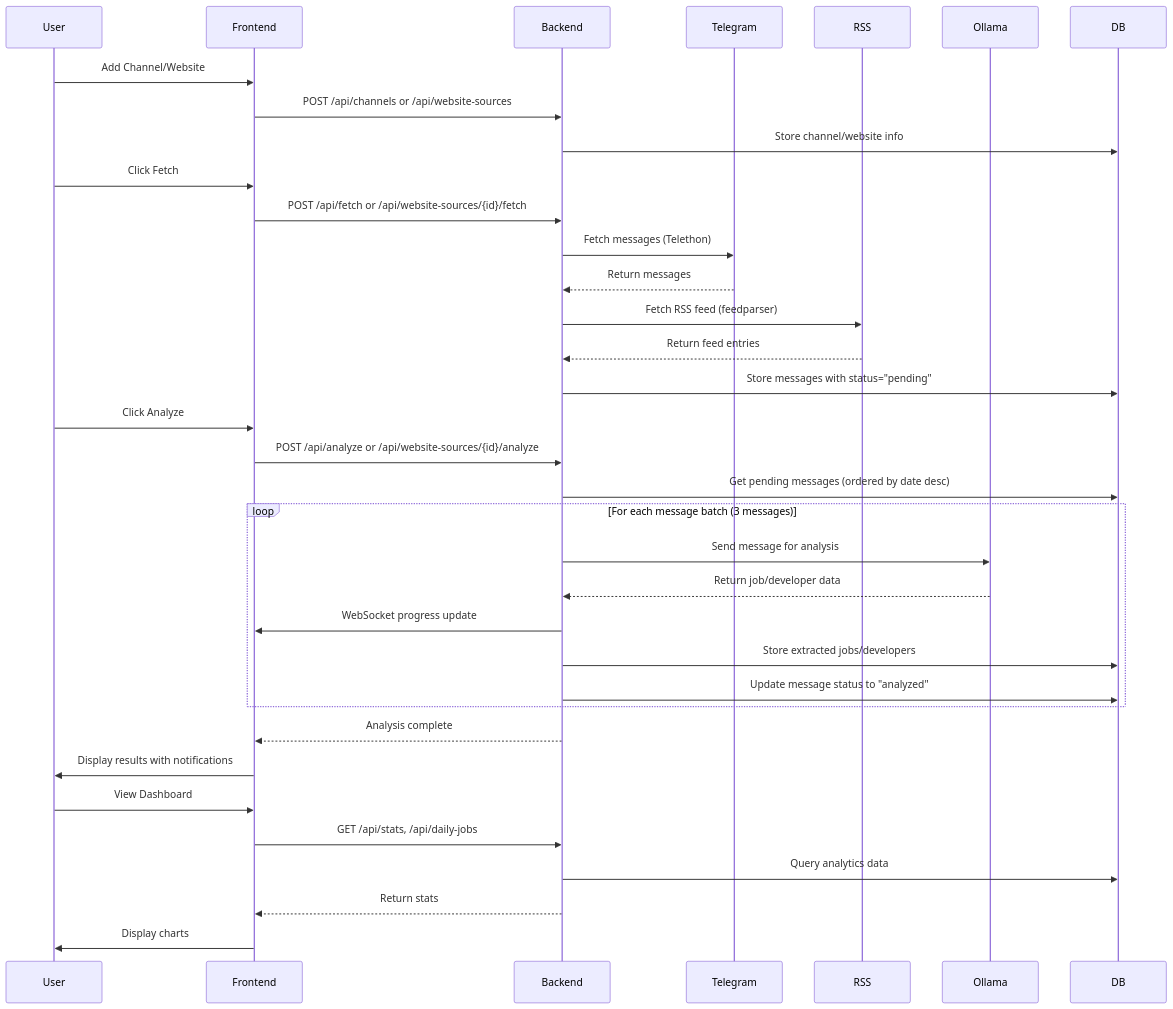
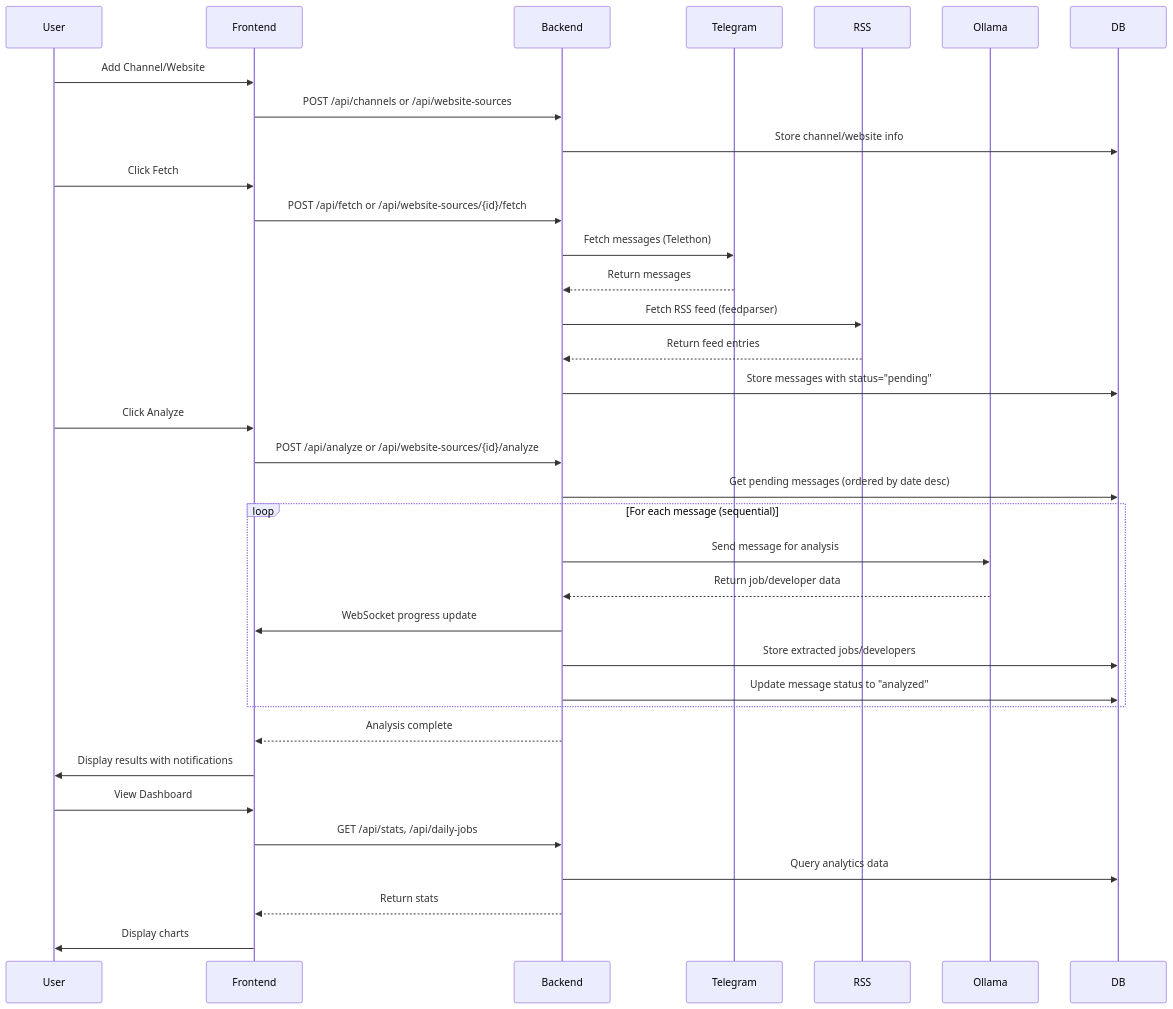
The second of 3 diagrams in README.md (dariank38/agentic-job-scraper), drawn with Mermaid before and after one commit. The commit also changed other lines of this file and 2 other files, not shown here.

````diff
--- a/README.md
+++ b/README.md
@@ -99,41 +99,41 @@
 ```mermaid
 sequenceDiagram
     participant User
     participant Frontend
     participant Backend
     participant Telegram
     participant RSS
     participant Ollama
     participant DB
 
     User->>Frontend: Add Channel/Website
     Frontend->>Backend: POST /api/channels or /api/website-sources
     Backend->>DB: Store channel/website info
 
     User->>Frontend: Click Fetch
     Frontend->>Backend: POST /api/fetch or /api/website-sources/{id}/fetch
     Backend->>Telegram: Fetch messages (Telethon)
     Telegram-->>Backend: Return messages
     Backend->>RSS: Fetch RSS feed (feedparser)
     RSS-->>Backend: Return feed entries
     Backend->>DB: Store messages with status="pending"
 
     User->>Frontend: Click Analyze
     Frontend->>Backend: POST /api/analyze or /api/website-sources/{id}/analyze
     Backend->>DB: Get pending messages (ordered by date desc)
-    loop For each message batch (3 messages)
+    loop For each message (sequential)
         Backend->>Ollama: Send message for analysis
         Ollama-->>Backend: Return job/developer data
         Backend->>Frontend: WebSocket progress update
         Backend->>DB: Store extracted jobs/developers
         Backend->>DB: Update message status to "analyzed"
     end
     Backend-->>Frontend: Analysis complete
     Frontend->>User: Display results with notifications
 
     User->>Frontend: View Dashboard
     Frontend->>Backend: GET /api/stats, /api/daily-jobs
     Backend->>DB: Query analytics data
     Backend-->>Frontend: Return stats
     Frontend->>User: Display charts
 ```
````
